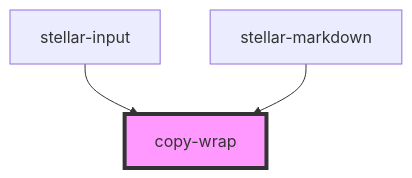
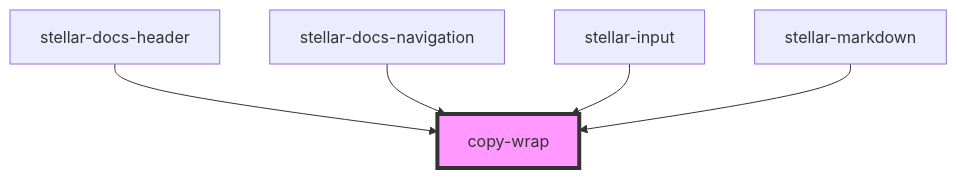
One commit to splitinfinities/Stellar changed the diagram in src/components/ui/copy-wrap/readme.md. Above: the diagram before and after it, drawn with Mermaid. The commit also changed other lines of this file and 50 other files, not shown here.

````diff
--- a/src/components/ui/copy-wrap/readme.md
+++ b/src/components/ui/copy-wrap/readme.md
@@ -40,6 +42,8 @@
 ```mermaid
 graph TD;
+  stellar-docs-header --> copy-wrap
+  stellar-docs-navigation --> copy-wrap
   stellar-input --> copy-wrap
   stellar-markdown --> copy-wrap
   style copy-wrap fill:#f9f,stroke:#333,stroke-width:4px
 ```
````
